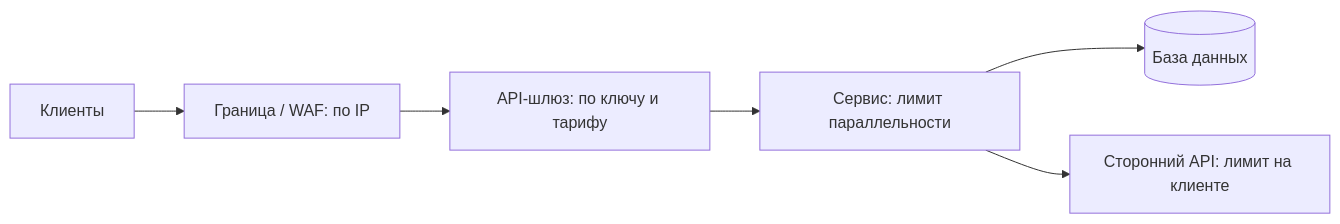
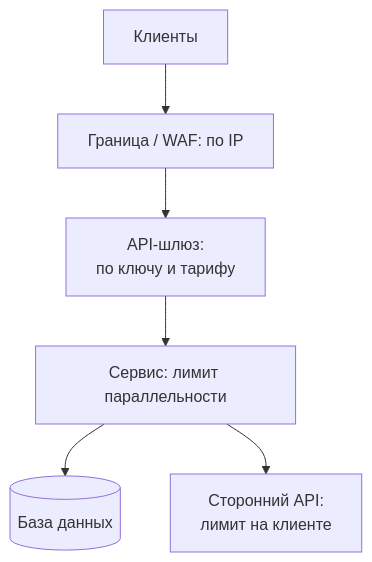
The diagram in src/content/docs/ru/reliability/rate-limiting.mdx (butyavk/system-design), drawn with Mermaid before and after one commit. The commit also changed other lines of this file and 144 other files, not shown here.

````diff
--- a/src/content/docs/ru/reliability/rate-limiting.mdx
+++ b/src/content/docs/ru/reliability/rate-limiting.mdx
@@ -33,8 +33,8 @@
 ```mermaid
-flowchart LR
+flowchart TB
   user["Клиенты"] --> edge["Граница / WAF: по IP"]
-  edge --> gw["API-шлюз: по ключу и тарифу"]
+  edge --> gw["API-шлюз:<br/>по ключу и тарифу"]
   gw --> svc["Сервис: лимит параллельности"]
   svc --> db[("База данных")]
-  svc --> ext["Сторонний API: лимит на клиенте"]
+  svc --> ext["Сторонний API:<br/>лимит на клиенте"]
 ```
````
